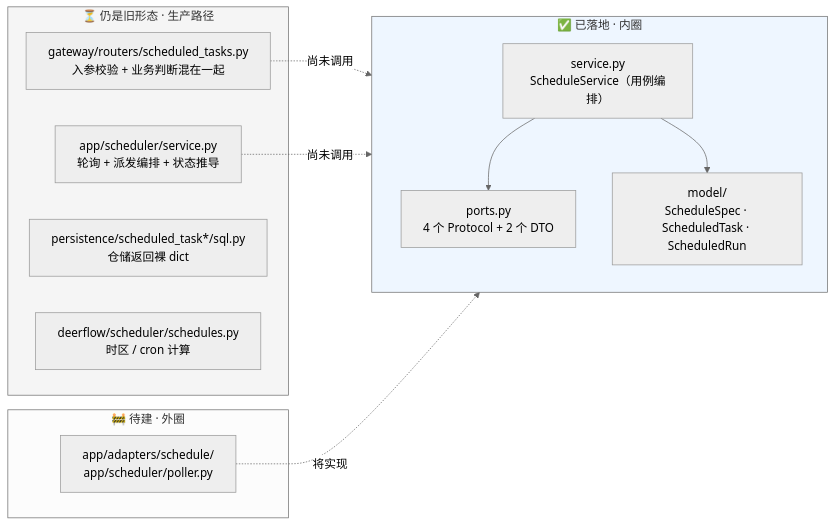
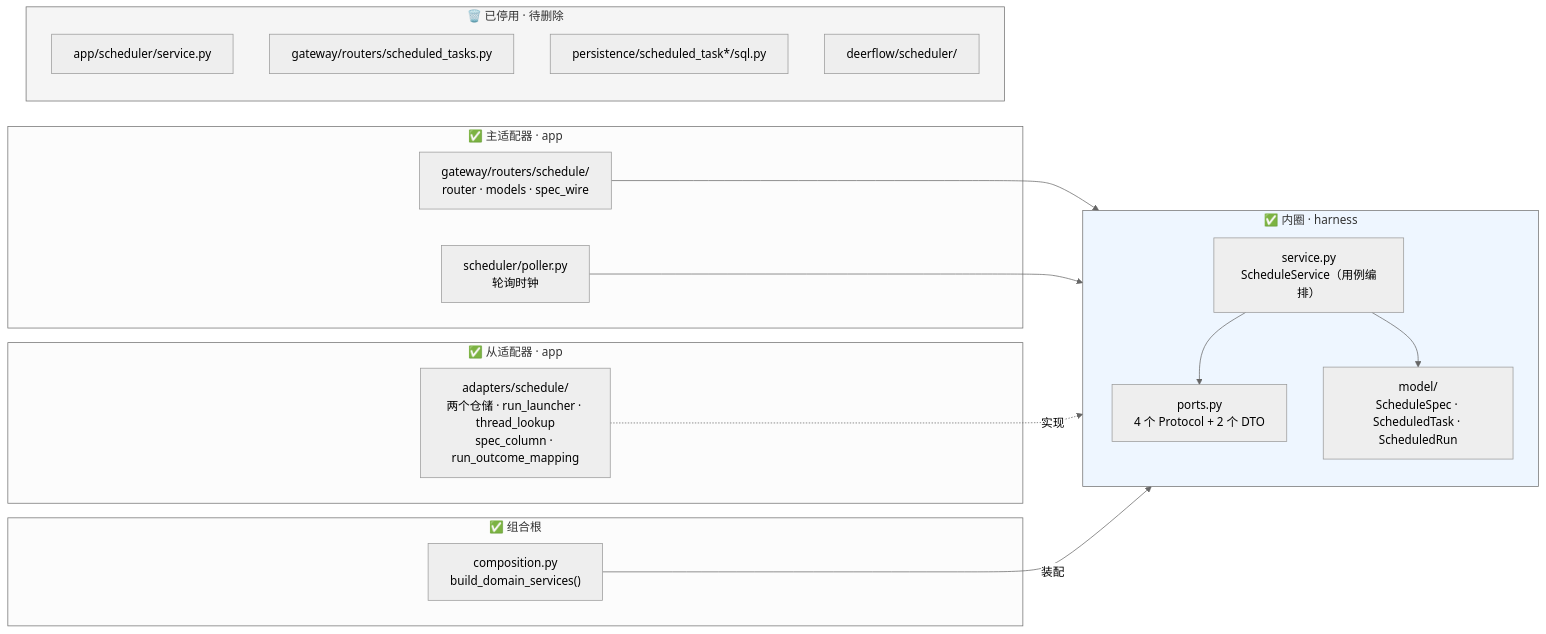
One commit to bytedance/deer-flow changed the first of 6 diagrams in backend/docs/SCHEDULE_DESIGN_zh.md. Above: the diagram before and after it, drawn with Mermaid (neutral theme). The commit also changed other lines of this file and 16 other files, not shown here.

First line of the commit message:
refactor(schedule): wire the slice through a composition root

````diff
--- a/backend/docs/SCHEDULE_DESIGN_zh.md
+++ b/backend/docs/SCHEDULE_DESIGN_zh.md
@@ -47,27 +47,35 @@
 ```mermaid
 flowchart LR
-    subgraph NEW["✅ 已落地 · 内圈"]
+    subgraph IN["✅ 内圈 · harness"]
         direction TB
         SV["service.py<br/>ScheduleService（用例编排）"]
         PO["ports.py<br/>4 个 Protocol + 2 个 DTO"]
         M["model/<br/>ScheduleSpec · ScheduledTask · ScheduledRun"]
         SV --> PO
         SV --> M
     end
-    subgraph OLD["⏳ 仍是旧形态 · 生产路径"]
-        R["gateway/routers/scheduled_tasks.py<br/>入参校验 + 业务判断混在一起"]
-        S["app/scheduler/service.py<br/>轮询 + 派发编排 + 状态推导"]
-        P["persistence/scheduled_task*/sql.py<br/>仓储返回裸 dict"]
-        C["deerflow/scheduler/schedules.py<br/>时区 / cron 计算"]
+    subgraph PRIM["✅ 主适配器 · app"]
+        R["gateway/routers/schedule/<br/>router · models · spec_wire"]
+        PL["scheduler/poller.py<br/>轮询时钟"]
     end
-    subgraph TODO["🚧 待建 · 外圈"]
-        AD["app/adapters/schedule/<br/>app/scheduler/poller.py"]
+    subgraph SEC["✅ 从适配器 · app"]
+        AD["adapters/schedule/<br/>两个仓储 · run_launcher · thread_lookup<br/>spec_column · run_outcome_mapping"]
+    end
+    subgraph CR["✅ 组合根"]
+        CO["composition.py<br/>build_domain_services()"]
+    end
+    subgraph DEAD["🗑️ 已停用 · 待删除"]
+        S["app/scheduler/service.py"]
+        OR["gateway/routers/scheduled_tasks.py"]
+        P["persistence/scheduled_task*/sql.py"]
+        C["deerflow/scheduler/"]
     end
 
-    R -.->|尚未调用| SV
-    S -.->|尚未调用| SV
-    AD -.->|将实现| PO
+    R --> SV
+    PL --> SV
+    AD -.->|实现| PO
+    CO -->|装配| SV
 
-    style NEW fill:#eef6ff
-    style OLD fill:#f5f5f5
+    style IN fill:#eef6ff
+    style DEAD fill:#f5f5f5
 ```
````
